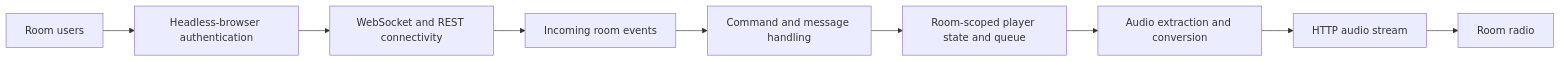
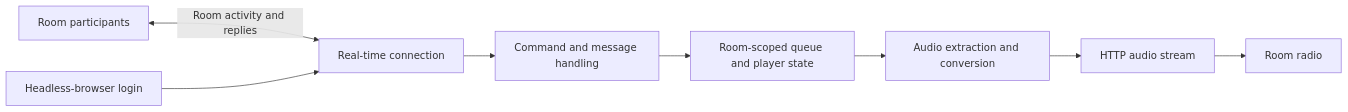
One commit to ezeinfamia2903/neromusic-portfolio changed the first of 4 diagrams in docs/architecture.md. Above: the diagram before and after it, drawn with Mermaid. The commit also changed other lines of this file and 6 other files, not shown here.

Commit message:
docs: refine public portfolio and architecture

````diff
--- a/docs/architecture.md
+++ b/docs/architecture.md
@@ -7,11 +7,10 @@
 ```mermaid
 flowchart LR
-    U[Room users] --> H[Headless-browser authentication]
-    H --> W[WebSocket and REST connectivity]
-    W --> E[Incoming room events]
-    E --> C[Command and message handling]
-    C --> Q[Room-scoped player state and queue]
-    Q --> Y[Audio extraction and conversion]
-    Y --> S[HTTP audio stream]
+    P[Room participants] <-->|Room activity and replies| RT[Real-time connection]
+    L[Headless-browser login] --> RT
+    RT --> C[Command and message handling]
+    C --> Q[Room-scoped queue and player state]
+    Q --> A[Audio extraction and conversion]
+    A --> S[HTTP audio stream]
     S --> R[Room radio]
 ```
````
